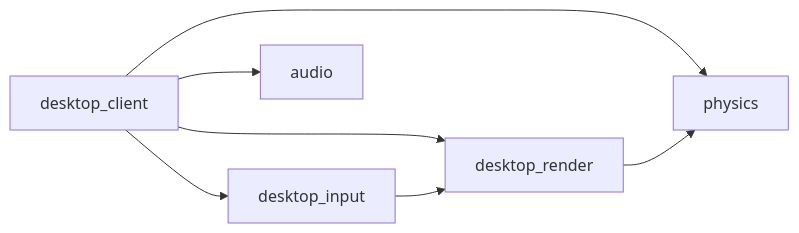
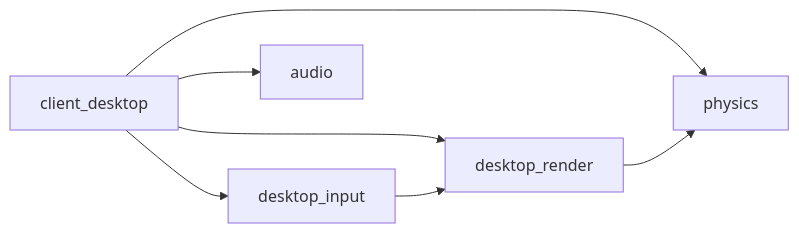
The sixth of 9 diagrams in docs/architecture/rust/desktop_client.md (FRICK-ELDY/alchemy-engine), drawn with Mermaid before and after one commit. The commit also changed other lines of this file and 32 other files, not shown here.

````diff
--- a/docs/architecture/rust/desktop_client.md
+++ b/docs/architecture/rust/desktop_client.md
@@ -14,15 +205,15 @@
 ```mermaid
 graph LR
-    DCLIENT[desktop_client]
+    DCLIENT[client_desktop]
     DINPUT[desktop_input]
     DRENDER[desktop_render]
     PHYSICS[physics]
     AUDIO[audio]
 
     DCLIENT --> DINPUT
     DCLIENT --> DRENDER
     DCLIENT --> PHYSICS
     DCLIENT --> AUDIO
     DINPUT --> DRENDER
     DRENDER --> PHYSICS
 ```
````
